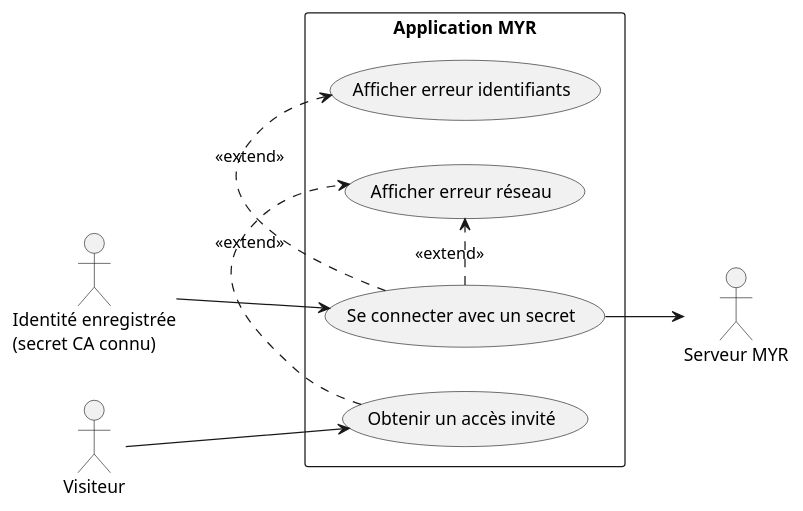
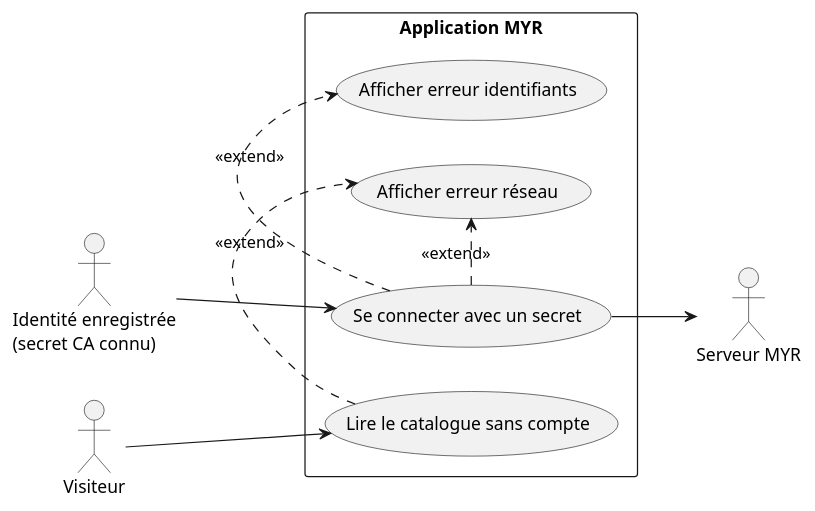
Before and after one commit to myr-forge/myr-core: the first of 2 diagrams in specs/1-Expression/UCA-Compte_et_Acces/UCA02.md, drawn with PlantUML. The commit also changed other lines of this file and 21 other files, not shown here.

````diff
--- a/specs/1-Expression/UCA-Compte_et_Acces/UCA02.md
+++ b/specs/1-Expression/UCA-Compte_et_Acces/UCA02.md
@@ -21,24 +22,24 @@
 ```plantuml
 @startuml
 left to right direction
 
 actor "Identité enregistrée\n(secret CA connu)" as U
 actor "Visiteur" as V
 actor "Serveur MYR" as SRV
 
 rectangle "Application MYR" {
     usecase "Se connecter avec un secret" as UC1
-    usecase "Obtenir un accès invité" as UC2
+    usecase "Lire le catalogue sans compte" as UC2
     usecase "Afficher erreur identifiants" as UC3
     usecase "Afficher erreur réseau" as UC4
 }
 
 U --> UC1
 V --> UC2
 UC1 --> SRV
 UC1 .> UC3 : <<extend>>
 UC1 .> UC4 : <<extend>>
 UC2 .> UC4 : <<extend>>
 
 @enduml
 ```
````
